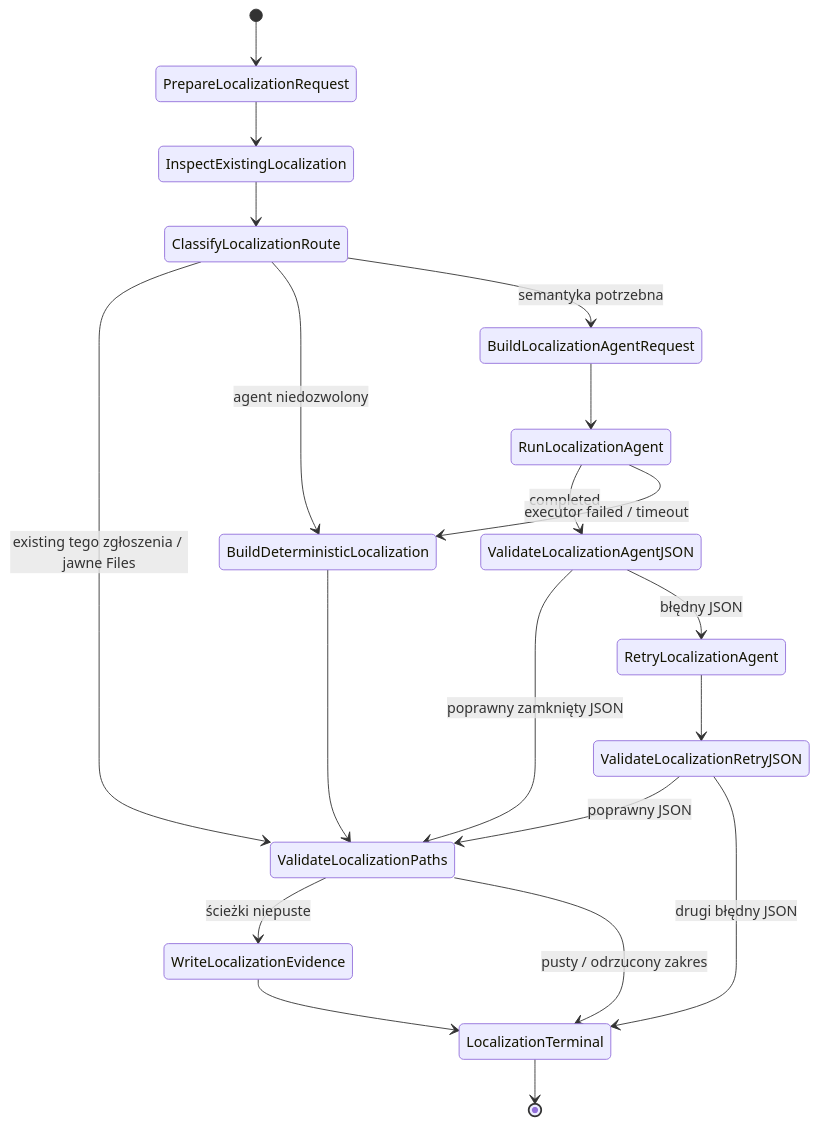
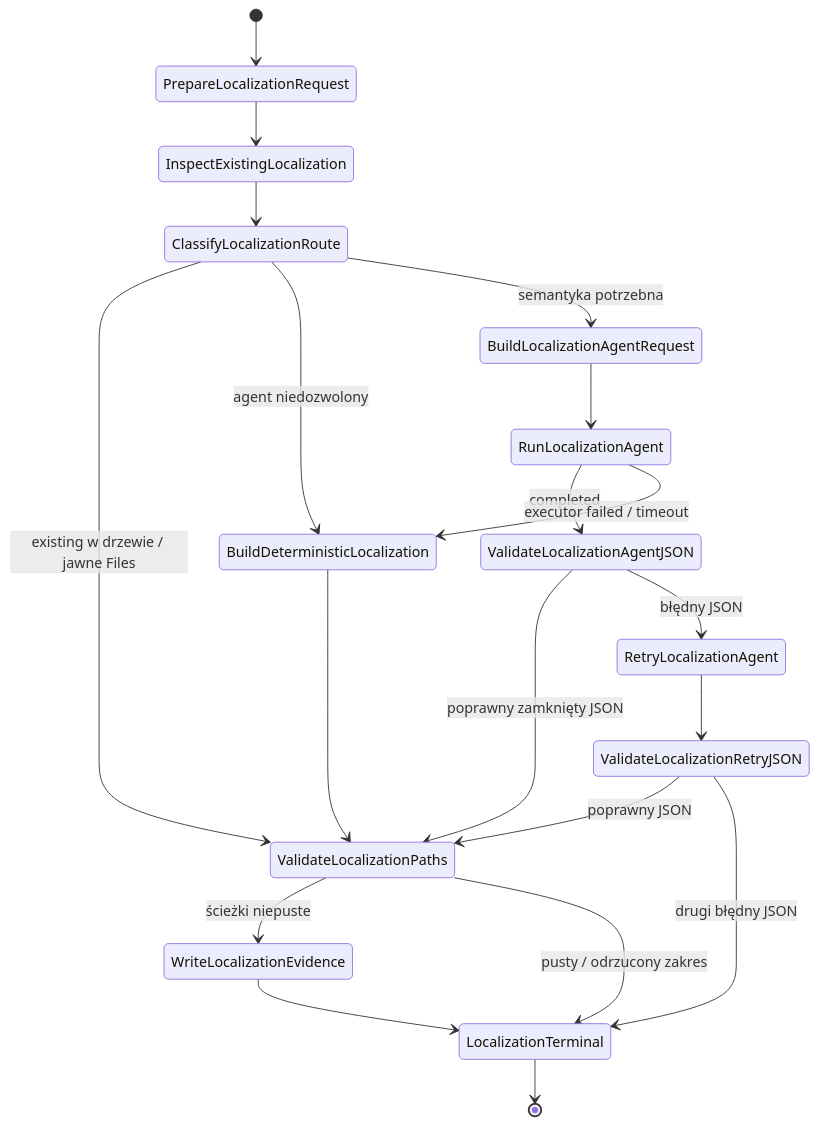
One commit to mikolaj92/lokay changed diagram 19 of 47 in README.md. Above: the diagram before and after it, drawn with Mermaid. The commit also changed other lines of this file and 4 other files, not shown here.

````diff
--- a/README.md
+++ b/README.md
@@ -561,22 +561,22 @@
 ```mermaid
 stateDiagram-v2
     [*] --> PrepareLocalizationRequest
     PrepareLocalizationRequest --> InspectExistingLocalization
     InspectExistingLocalization --> ClassifyLocalizationRoute
-    ClassifyLocalizationRoute --> ValidateLocalizationPaths: existing tego zgłoszenia / jawne Files
+    ClassifyLocalizationRoute --> ValidateLocalizationPaths: existing w drzewie / jawne Files
     ClassifyLocalizationRoute --> BuildDeterministicLocalization: agent niedozwolony
     ClassifyLocalizationRoute --> BuildLocalizationAgentRequest: semantyka potrzebna
     BuildLocalizationAgentRequest --> RunLocalizationAgent
     RunLocalizationAgent --> ValidateLocalizationAgentJSON: completed
     RunLocalizationAgent --> BuildDeterministicLocalization: executor failed / timeout
     ValidateLocalizationAgentJSON --> ValidateLocalizationPaths: poprawny zamknięty JSON
     ValidateLocalizationAgentJSON --> RetryLocalizationAgent: błędny JSON
     RetryLocalizationAgent --> ValidateLocalizationRetryJSON
     ValidateLocalizationRetryJSON --> ValidateLocalizationPaths: poprawny JSON
     ValidateLocalizationRetryJSON --> LocalizationTerminal: drugi błędny JSON
     BuildDeterministicLocalization --> ValidateLocalizationPaths
     ValidateLocalizationPaths --> WriteLocalizationEvidence: ścieżki niepuste
     ValidateLocalizationPaths --> LocalizationTerminal: pusty / odrzucony zakres
     WriteLocalizationEvidence --> LocalizationTerminal
     LocalizationTerminal --> [*]
 ```
````
